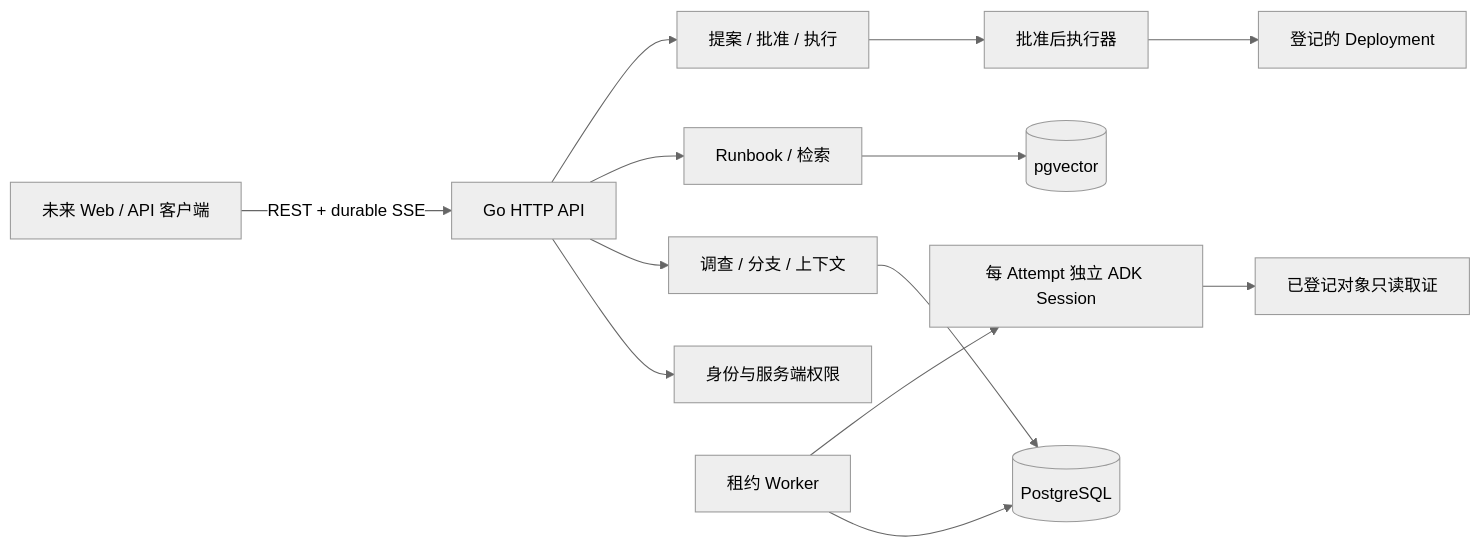
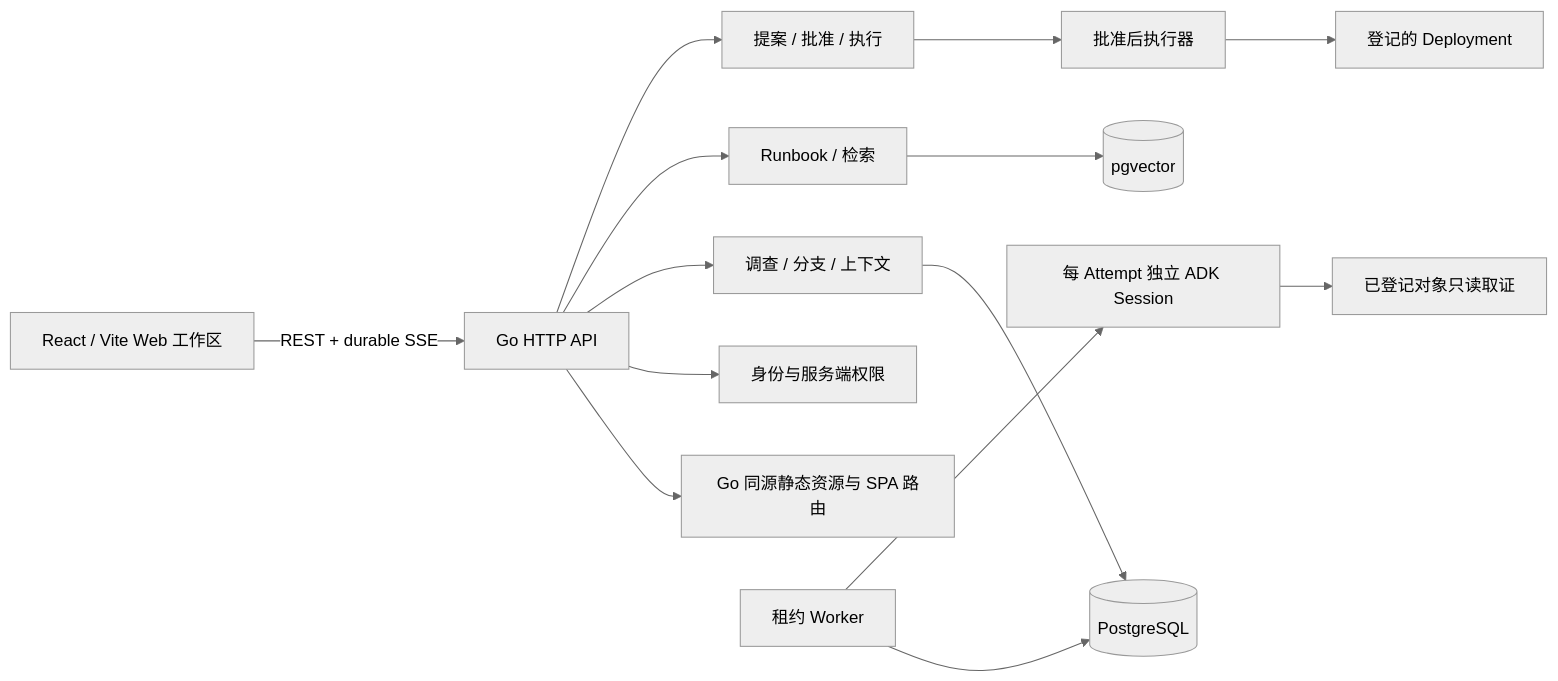
One commit to destinywans/redstring changed the diagram in docs/architecture.md. Above: the diagram before and after it, drawn with Mermaid (neutral theme). The commit also changed other lines of this file and 45 other files, not shown here.

````diff
--- a/docs/architecture.md
+++ b/docs/architecture.md
@@ -5,15 +5,16 @@
 ```mermaid
 flowchart LR
-  Client[未来 Web / API 客户端] -->|REST + durable SSE| API[Go HTTP API]
+  Client[React / Vite Web 工作区] -->|REST + durable SSE| API[Go HTTP API]
+  API --> Static[Go 同源静态资源与 SPA 路由]
   API --> Identity[身份与服务端权限]
   API --> Context[调查 / 分支 / 上下文]
   API --> Knowledge[Runbook / 检索]
   API --> Actions[提案 / 批准 / 执行]
   Context --> PG[(PostgreSQL)]
   Knowledge --> Vector[(pgvector)]
   Worker[租约 Worker] --> PG
   Worker --> ADK[每 Attempt 独立 ADK Session]
   ADK --> Read[已登记对象只读取证]
   Actions --> Executor[批准后执行器]
   Executor --> K8s[登记的 Deployment]
 ```
````
